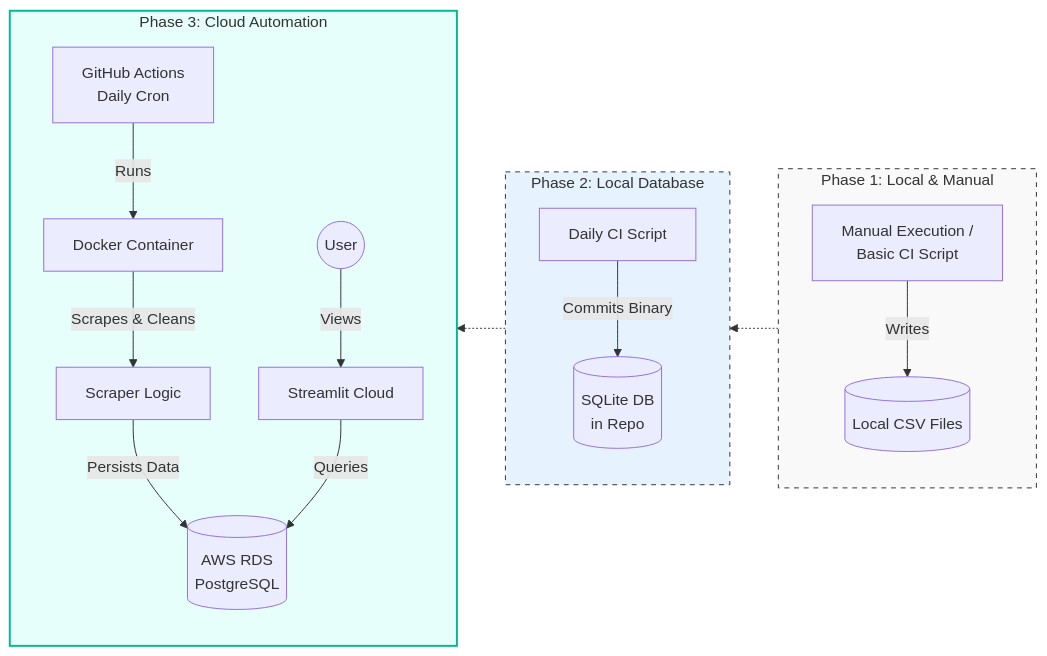
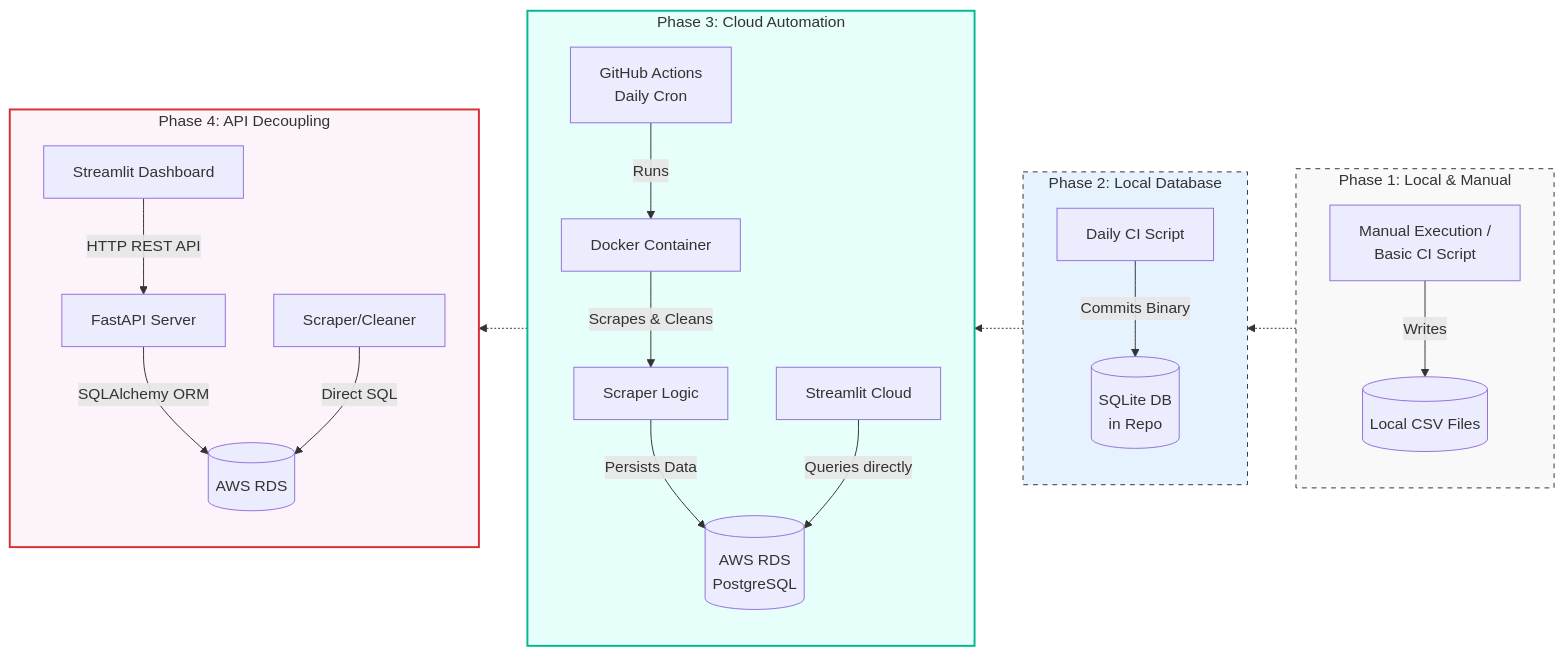
One commit to ChrisChae00/job-bank-tracker changed the diagram in README.md. Above: the diagram before and after it, drawn with Mermaid. The commit also changed other lines of this file, not shown here.

Commit message:
docs: Update README to document the new FastAPI-based API decoupling phase, update the tech stack, and add local running instructions.

````diff
--- a/README.md
+++ b/README.md
@@ -24,28 +25,36 @@
 ```mermaid
 graph RL
+    subgraph Phase4 [Phase 4: API Decoupling]
+        direction TB
+        style Phase4 fill:#fdf4fb,stroke:#d63031,stroke-width:2px
+        API[FastAPI Server] -->|SQLAlchemy ORM| RDS_P4[(AWS RDS)]
+        Streamlit_P4[Streamlit Dashboard] -->|HTTP REST API| API
+        Scraper_P4[Scraper/Cleaner] -->|Direct SQL| RDS_P4
+    end
+
     subgraph Phase3 [Phase 3: Cloud Automation]
         direction TB
         style Phase3 fill:#e6fffa,stroke:#00b894,stroke-width:2px
         GHA[GitHub Actions<br/>Daily Cron] -->|Runs| Docker[Docker Container]
         Docker -->|Scrapes & Cleans| Scraper[Scraper Logic]
         Scraper -->|Persists Data| RDS[(AWS RDS<br/>PostgreSQL)]
-        Streamlit[Streamlit Cloud] -->|Queries| RDS
-        User((User)) -->|Views| Streamlit
+        Streamlit[Streamlit Cloud] -->|Queries directly| RDS
     end
 
     subgraph Phase2 [Phase 2: Local Database]
         direction TB
         style Phase2 fill:#e6f3ff,stroke:#333,stroke-dasharray: 5 5
         P2_Script[Daily CI Script] -->|Commits Binary| P2_DB[(SQLite DB<br/>in Repo)]
     end
 
     subgraph Phase1 [Phase 1: Local & Manual]
         direction TB
         style Phase1 fill:#f9f9f9,stroke:#333,stroke-dasharray: 5 5
         P1_Script[Manual Execution /<br/>Basic CI Script] -->|Writes| P1_CSV[(Local CSV Files)]
     end
 
     %% Evolution Flow (Right to Left)
     P1_Script -.-> P2_Script
     P2_Script -.-> GHA
+    GHA -.-> API
 ```
````
